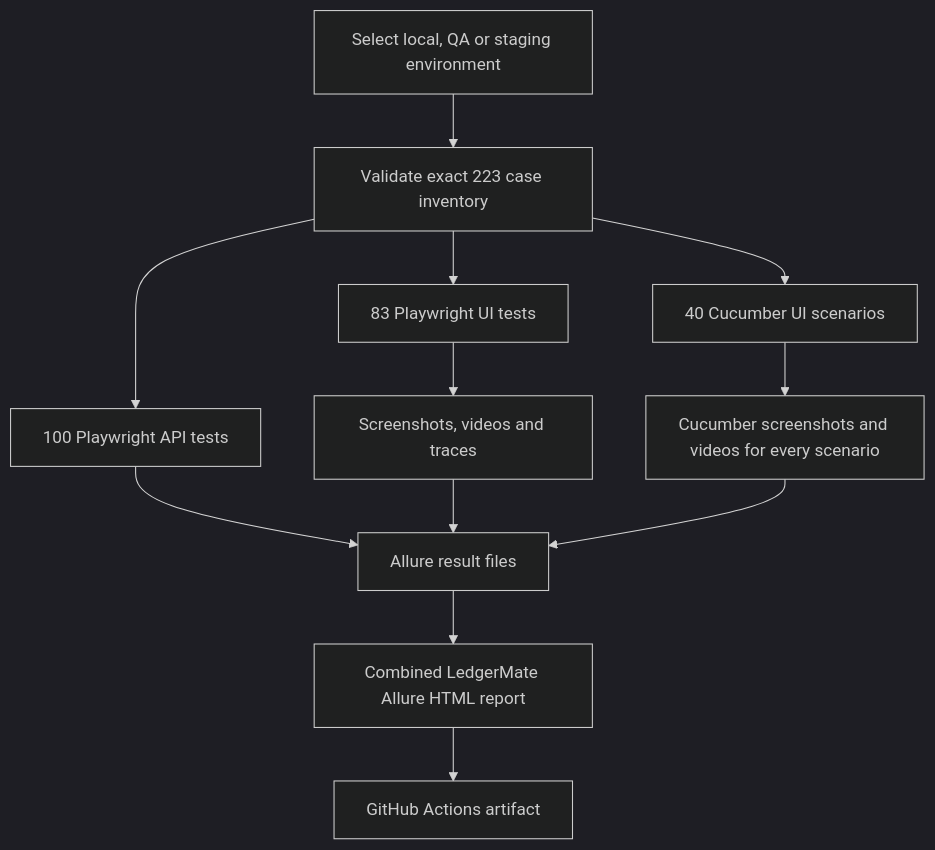
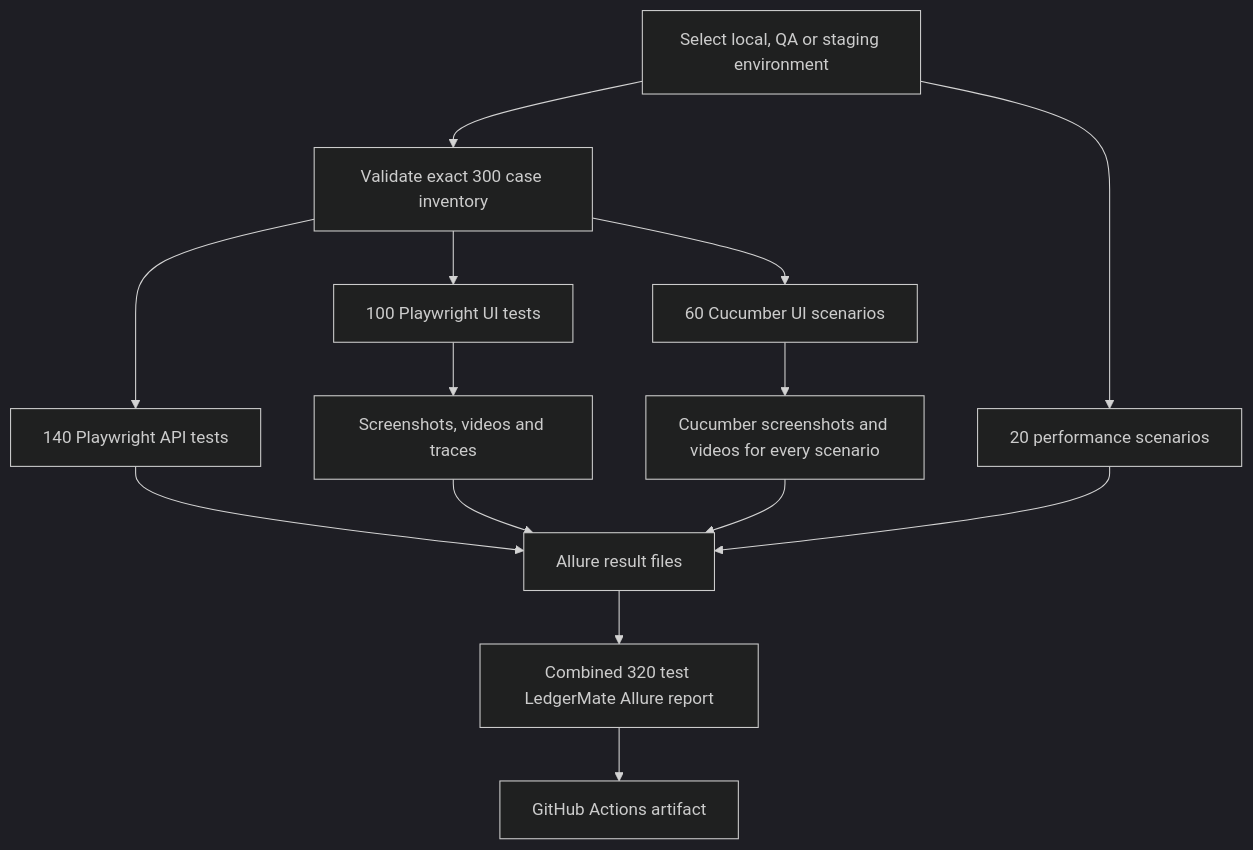
Before and after one commit to haroondhanyal/LedgerMate360: the seventh of 8 diagrams in README.md, drawn with Mermaid (dark theme). The commit also changed other lines of this file and 14 other files, not shown here.

````diff
--- a/README.md
+++ b/README.md
@@ -227,14 +229,16 @@
 ```mermaid
 flowchart TD
-    E[Select local, QA or staging environment] --> I[Validate exact 223 case inventory]
-    I --> A[100 Playwright API tests]
-    I --> U[83 Playwright UI tests]
-    I --> C[40 Cucumber UI scenarios]
+    E[Select local, QA or staging environment] --> I[Validate exact 300 case inventory]
+    I --> A[140 Playwright API tests]
+    I --> U[100 Playwright UI tests]
+    I --> C[60 Cucumber UI scenarios]
+    E --> P[20 performance scenarios]
     A --> R[Allure result files]
     U --> S[Screenshots, videos and traces]
     S --> R
     C --> V[Cucumber screenshots and videos for every scenario]
     V --> R
-    R --> H[Combined LedgerMate Allure HTML report]
+    P --> R
+    R --> H[Combined 320 test LedgerMate Allure report]
     H --> G[GitHub Actions artifact]
 ```
````
